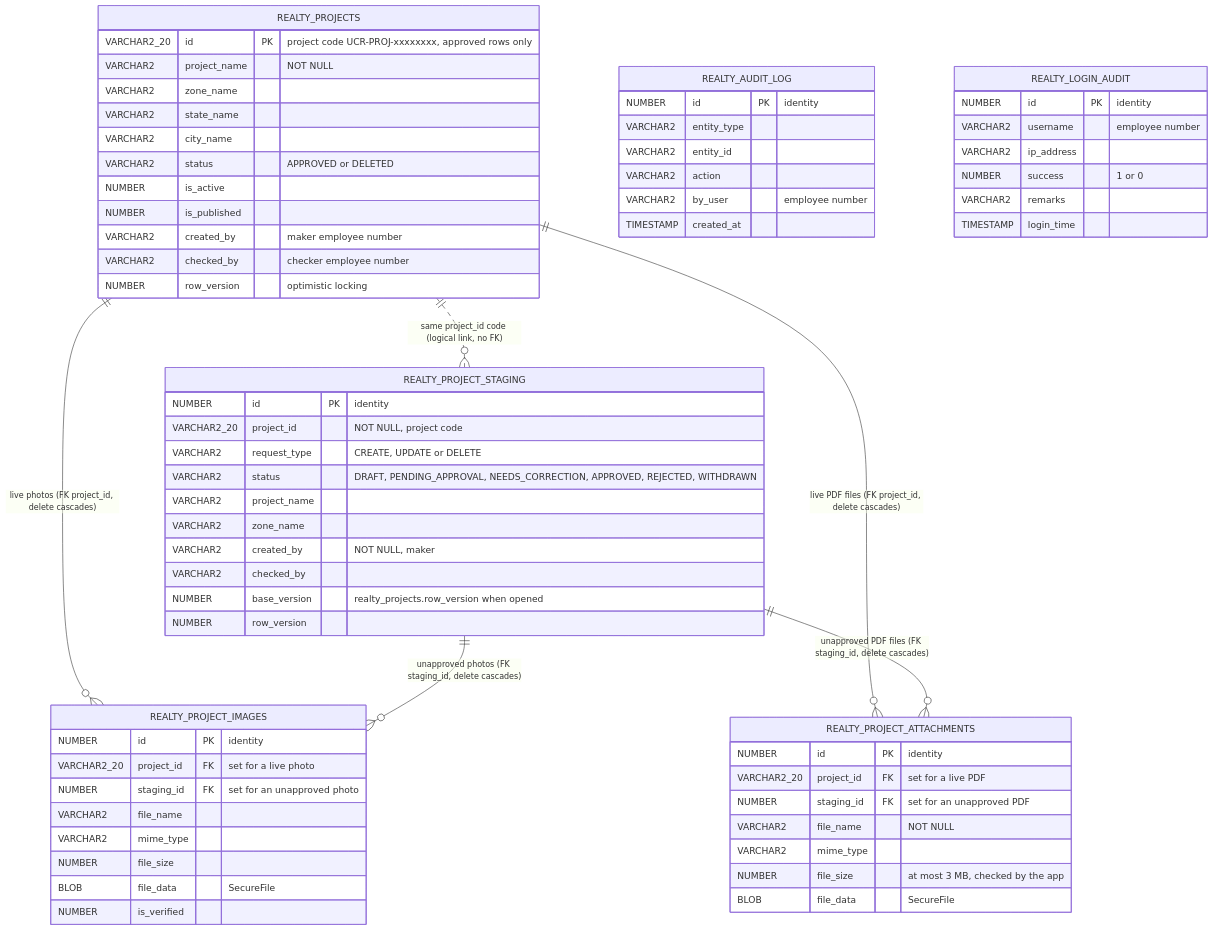
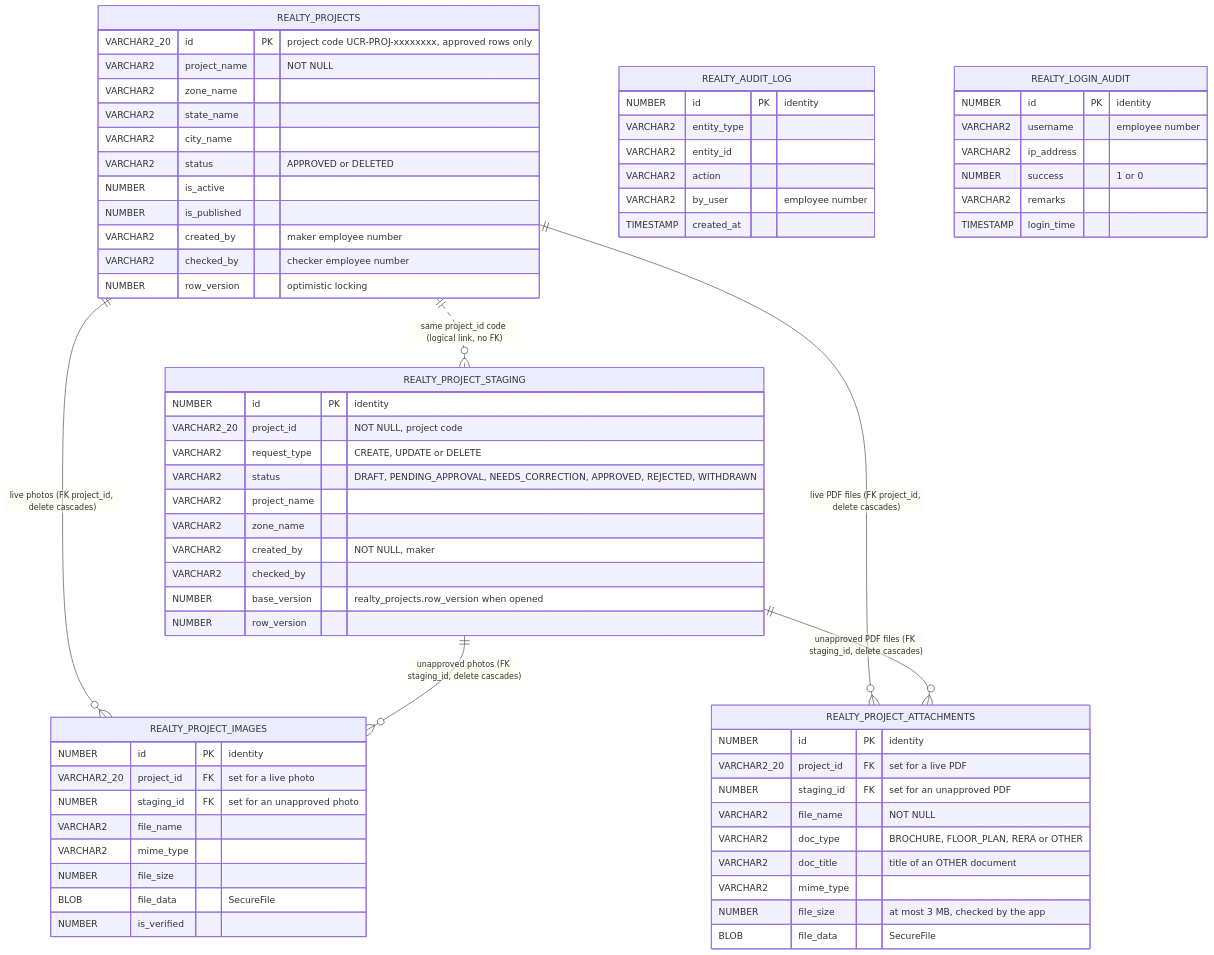
The diagram in docs/ER_DIAGRAM.md (Avanish-Gupta-CSE/uco-realty-v3), drawn with Mermaid before and after one commit. The commit also changed other lines of this file and 42 other files, not shown here.

````diff
--- a/docs/ER_DIAGRAM.md
+++ b/docs/ER_DIAGRAM.md
@@ -5,74 +5,76 @@
 ```mermaid
 erDiagram
     REALTY_PROJECTS ||--o{ REALTY_PROJECT_IMAGES : "live photos (FK project_id, delete cascades)"
     REALTY_PROJECTS ||--o{ REALTY_PROJECT_ATTACHMENTS : "live PDF files (FK project_id, delete cascades)"
     REALTY_PROJECT_STAGING ||--o{ REALTY_PROJECT_IMAGES : "unapproved photos (FK staging_id, delete cascades)"
     REALTY_PROJECT_STAGING ||--o{ REALTY_PROJECT_ATTACHMENTS : "unapproved PDF files (FK staging_id, delete cascades)"
     REALTY_PROJECTS ||..o{ REALTY_PROJECT_STAGING : "same project_id code (logical link, no FK)"
 
     REALTY_PROJECTS {
         VARCHAR2_20 id PK "project code UCR-PROJ-xxxxxxxx, approved rows only"
         VARCHAR2 project_name "NOT NULL"
         VARCHAR2 zone_name
         VARCHAR2 state_name
         VARCHAR2 city_name
         VARCHAR2 status "APPROVED or DELETED"
         NUMBER is_active
         NUMBER is_published
         VARCHAR2 created_by "maker employee number"
         VARCHAR2 checked_by "checker employee number"
         NUMBER row_version "optimistic locking"
     }
 
     REALTY_PROJECT_STAGING {
         NUMBER id PK "identity"
         VARCHAR2_20 project_id "NOT NULL, project code"
         VARCHAR2 request_type "CREATE, UPDATE or DELETE"
         VARCHAR2 status "DRAFT, PENDING_APPROVAL, NEEDS_CORRECTION, APPROVED, REJECTED, WITHDRAWN"
         VARCHAR2 project_name
         VARCHAR2 zone_name
         VARCHAR2 created_by "NOT NULL, maker"
         VARCHAR2 checked_by
         NUMBER base_version "realty_projects.row_version when opened"
         NUMBER row_version
     }
 
     REALTY_PROJECT_IMAGES {
         NUMBER id PK "identity"
         VARCHAR2_20 project_id FK "set for a live photo"
         NUMBER staging_id FK "set for an unapproved photo"
         VARCHAR2 file_name
         VARCHAR2 mime_type
         NUMBER file_size
         BLOB file_data "SecureFile"
         NUMBER is_verified
     }
 
     REALTY_PROJECT_ATTACHMENTS {
         NUMBER id PK "identity"
         VARCHAR2_20 project_id FK "set for a live PDF"
         NUMBER staging_id FK "set for an unapproved PDF"
         VARCHAR2 file_name "NOT NULL"
+        VARCHAR2 doc_type "BROCHURE, FLOOR_PLAN, RERA or OTHER"
+        VARCHAR2 doc_title "title of an OTHER document"
         VARCHAR2 mime_type
         NUMBER file_size "at most 3 MB, checked by the app"
         BLOB file_data "SecureFile"
     }
 
     REALTY_AUDIT_LOG {
         NUMBER id PK "identity"
         VARCHAR2 entity_type
         VARCHAR2 entity_id
         VARCHAR2 action
         VARCHAR2 by_user "employee number"
         TIMESTAMP created_at
     }
 
     REALTY_LOGIN_AUDIT {
         NUMBER id PK "identity"
         VARCHAR2 username "employee number"
         VARCHAR2 ip_address
         NUMBER success "1 or 0"
         VARCHAR2 remarks
         TIMESTAMP login_time
     }
 ```
````
